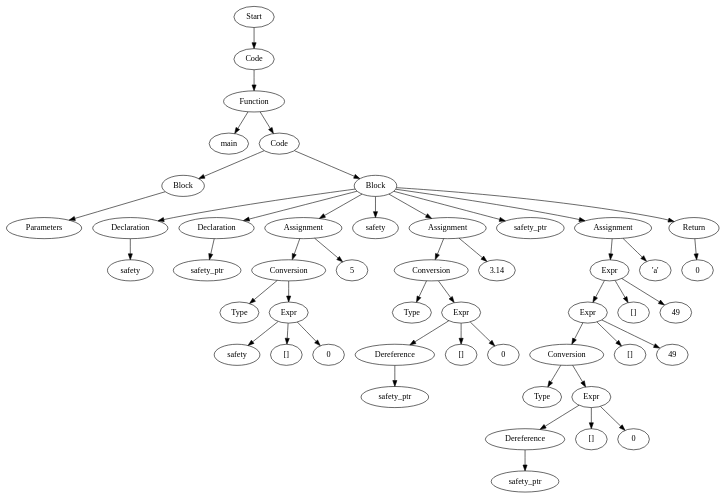
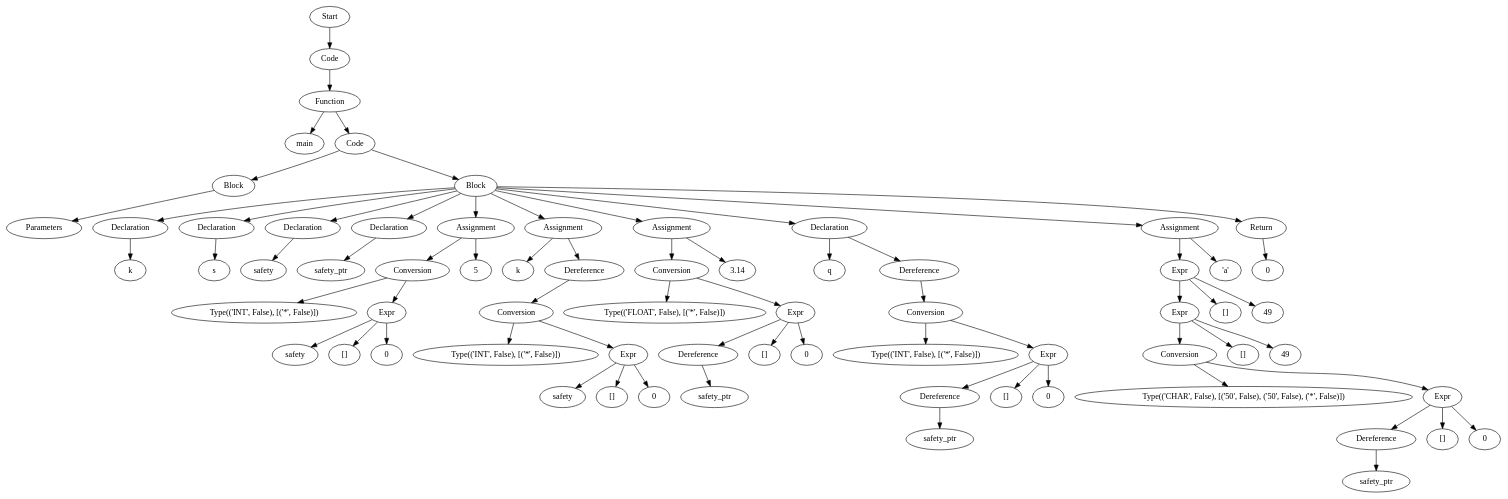
The diagram in example_source_files/46_unions/46_unions_ast.dot (Are-you-listening/Compilers), drawn with Graphviz before and after one commit. The commit also changed 413 other files, not shown here.

```diff
--- a/example_source_files/46_unions/46_unions_ast.dot
+++ b/example_source_files/46_unions/46_unions_ast.dot
@@ -1,97 +1,139 @@
 digraph AST {
-  "138081629726240" [label="Start"];
-  "138081629726240" -> "138081629732720";
-  "138081629732720" [label="Code"];
-  "138081629732720" -> "138081629717072";
-  "138081629717072" [label="Function"];
-  "138081629717072" -> "138081629723408";
-  "138081629717072" -> "138081629722928";
-  "138081629723408" [label="main"];
-  "138081629722928" [label="Code"];
-  "138081629722928" -> "138081629589408";
-  "138081629722928" -> "138081629598288";
-  "138081629589408" [label="Block"];
-  "138081629589408" -> "138081629718272";
-  "138081629718272" [label="Parameters"];
-  "138081629598288" [label="Block"];
-  "138081629598288" -> "138081629726384";
-  "138081629598288" -> "138081629727200";
-  "138081629598288" -> "138081629720336";
-  "138081629598288" -> "138081629601168";
-  "138081629598288" -> "138081629596848";
-  "138081629598288" -> "138081629587968";
-  "138081629598288" -> "138081629599536";
-  "138081629598288" -> "138081629592912";
-  "138081629726384" [label="Declaration"];
-  "138081629726384" -> "138081629724464";
-  "138081629724464" [label="safety"];
-  "138081629727200" [label="Declaration"];
-  "138081629727200" -> "138081629725856";
-  "138081629725856" [label="safety_ptr"];
-  "138081629720336" [label="Assignment"];
-  "138081629720336" -> "138081629593776";
-  "138081629720336" -> "138081629590704";
-  "138081629593776" [label="Conversion"];
-  "138081629593776" -> "138081629599296";
-  "138081629593776" -> "138081629727152";
-  "138081629599296" [label="Type"];
-  "138081629727152" [label="Expr"];
-  "138081629727152" -> "138081629727392";
-  "138081629727152" -> "138081629727296";
-  "138081629727152" -> "138081629730464";
-  "138081629727392" [label="safety"];
-  "138081629727296" [label="[]"];
-  "138081629730464" [label="0"];
-  "138081629590704" [label="5"];
-  "138081629601168" [label="safety"];
-  "138081629596848" [label="Assignment"];
-  "138081629596848" -> "138081629591040";
-  "138081629596848" -> "138081629597568";
-  "138081629591040" [label="Conversion"];
-  "138081629591040" -> "138081629600592";
-  "138081629591040" -> "138081629601216";
-  "138081629600592" [label="Type"];
-  "138081629601216" [label="Expr"];
-  "138081629601216" -> "138081629592192";
-  "138081629601216" -> "138081629596032";
-  "138081629601216" -> "138081629595120";
-  "138081629592192" [label="Dereference"];
-  "138081629592192" -> "138081629599968";
-  "138081629599968" [label="safety_ptr"];
-  "138081629596032" [label="[]"];
-  "138081629595120" [label="0"];
-  "138081629597568" [label="3.14"];
-  "138081629587968" [label="safety_ptr"];
-  "138081629599536" [label="Assignment"];
-  "138081629599536" -> "138081629720816";
-  "138081629599536" -> "138081629590896";
-  "138081629720816" [label="Expr"];
-  "138081629720816" -> "138081629725520";
-  "138081629720816" -> "138081629726288";
-  "138081629720816" -> "138081629588016";
-  "138081629725520" [label="Expr"];
-  "138081629725520" -> "138081629592672";
-  "138081629725520" -> "138081629724032";
-  "138081629725520" -> "138081629588976";
-  "138081629592672" [label="Conversion"];
-  "138081629592672" -> "138081629589120";
-  "138081629592672" -> "138081629598384";
-  "138081629589120" [label="Type"];
-  "138081629598384" [label="Expr"];
-  "138081629598384" -> "138081629599392";
-  "138081629598384" -> "138081629587584";
-  "138081629598384" -> "138081629588544";
-  "138081629599392" [label="Dereference"];
-  "138081629599392" -> "138081629587728";
-  "138081629587728" [label="safety_ptr"];
-  "138081629587584" [label="[]"];
-  "138081629588544" [label="0"];
-  "138081629724032" [label="[]"];
-  "138081629588976" [label="49"];
-  "138081629726288" [label="[]"];
-  "138081629588016" [label="49"];
-  "138081629590896" [label="'a'"];
-  "138081629592912" [label="Return"];
-  "138081629592912" -> "138081629591568";
-  "138081629591568" [label="0"];
+  "131879693144256" [label="Start"];
+  "131879693144256" -> "131879693149200";
+  "131879693149200" [label="Code"];
+  "131879693149200" -> "131879693153616";
+  "131879693153616" [label="Function"];
+  "131879693153616" -> "131879693146464";
+  "131879693153616" -> "131879693153280";
+  "131879693146464" [label="main"];
+  "131879693153280" [label="Code"];
+  "131879693153280" -> "131879693118352";
+  "131879693153280" -> "131879693121712";
+  "131879693118352" [label="Block"];
+  "131879693118352" -> "131879693149056";
+  "131879693149056" [label="Parameters"];
+  "131879693121712" [label="Block"];
+  "131879693121712" -> "131879693144400";
+  "131879693121712" -> "131879693141520";
+  "131879693121712" -> "131879693155008";
+  "131879693121712" -> "131879693143968";
+  "131879693121712" -> "131879693121616";
+  "131879693121712" -> "131879693117248";
+  "131879693121712" -> "131879693123344";
+  "131879693121712" -> "131879693111536";
+  "131879693121712" -> "131879693112832";
+  "131879693121712" -> "131879694384144";
+  "131879693144400" [label="Declaration"];
+  "131879693144400" -> "131879693153760";
+  "131879693153760" [label="k"];
+  "131879693141520" [label="Declaration"];
+  "131879693141520" -> "131879693143680";
+  "131879693143680" [label="s"];
+  "131879693155008" [label="Declaration"];
+  "131879693155008" -> "131879693147568";
+  "131879693147568" [label="safety"];
+  "131879693143968" [label="Declaration"];
+  "131879693143968" -> "131879693108608";
+  "131879693108608" [label="safety_ptr"];
+  "131879693121616" [label="Assignment"];
+  "131879693121616" -> "131879693123056";
+  "131879693121616" -> "131879693116768";
+  "131879693123056" [label="Conversion"];
+  "131879693123056" -> "131879693118784";
+  "131879693123056" -> "131879693107504";
+  "131879693118784" [label="Type(('INT', False), [('*', False)])"];
+  "131879693107504" [label="Expr"];
+  "131879693107504" -> "131879693117968";
+  "131879693107504" -> "131879693114464";
+  "131879693107504" -> "131879693109136";
+  "131879693117968" [label="safety"];
+  "131879693114464" [label="[]"];
+  "131879693109136" [label="0"];
+  "131879693116768" [label="5"];
+  "131879693117248" [label="Assignment"];
+  "131879693117248" -> "131879693122528";
+  "131879693117248" -> "131879693150688";
+  "131879693122528" [label="k"];
+  "131879693150688" [label="Dereference"];
+  "131879693150688" -> "131879693148000";
+  "131879693148000" [label="Conversion"];
+  "131879693148000" -> "131879693154144";
+  "131879693148000" -> "131879693109760";
+  "131879693154144" [label="Type(('INT', False), [('*', False)])"];
+  "131879693109760" [label="Expr"];
+  "131879693109760" -> "131879693118736";
+  "131879693109760" -> "131879693107744";
+  "131879693109760" -> "131879693118640";
+  "131879693118736" [label="safety"];
+  "131879693107744" [label="[]"];
+  "131879693118640" [label="0"];
+  "131879693123344" [label="Assignment"];
+  "131879693123344" -> "131879693149248";
+  "131879693123344" -> "131879693112640";
+  "131879693149248" [label="Conversion"];
+  "131879693149248" -> "131879693143248";
+  "131879693149248" -> "131879693119312";
+  "131879693143248" [label="Type(('FLOAT', False), [('*', False)])"];
+  "131879693119312" [label="Expr"];
+  "131879693119312" -> "131879693145408";
+  "131879693119312" -> "131879693116048";
+  "131879693119312" -> "131879693123536";
+  "131879693145408" [label="Dereference"];
+  "131879693145408" -> "131879693117392";
+  "131879693117392" [label="safety_ptr"];
+  "131879693116048" [label="[]"];
+  "131879693123536" [label="0"];
+  "131879693112640" [label="3.14"];
+  "131879693111536" [label="Declaration"];
+  "131879693111536" -> "131879693114608";
+  "131879693111536" -> "131879693144064";
+  "131879693114608" [label="q"];
+  "131879693144064" [label="Dereference"];
+  "131879693144064" -> "131879693146752";
+  "131879693146752" [label="Conversion"];
+  "131879693146752" -> "131879693143584";
+  "131879693146752" -> "131879693113552";
+  "131879693143584" [label="Type(('INT', False), [('*', False)])"];
+  "131879693113552" [label="Expr"];
+  "131879693113552" -> "131879693143056";
+  "131879693113552" -> "131879693120512";
+  "131879693113552" -> "131879693121280";
+  "131879693143056" [label="Dereference"];
+  "131879693143056" -> "131879693112400";
+  "131879693112400" [label="safety_ptr"];
+  "131879693120512" [label="[]"];
+  "131879693121280" [label="0"];
+  "131879693112832" [label="Assignment"];
+  "131879693112832" -> "131879693121904";
+  "131879693112832" -> "131879694379200";
+  "131879693121904" [label="Expr"];
+  "131879693121904" -> "131879693119984";
+  "131879693121904" -> "131879693117680";
+  "131879693121904" -> "131879694378240";
+  "131879693119984" [label="Expr"];
+  "131879693119984" -> "131879693147376";
+  "131879693119984" -> "131879693120608";
+  "131879693119984" -> "131879694373536";
+  "131879693147376" [label="Conversion"];
+  "131879693147376" -> "131879693154960";
+  "131879693147376" -> "131879693120176";
+  "131879693154960" [label="Type(('CHAR', False), [('50', False), ('50', False), ('*', False)])"];
+  "131879693120176" [label="Expr"];
+  "131879693120176" -> "131879693147088";
+  "131879693120176" -> "131879693122624";
+  "131879693120176" -> "131879693113072";
+  "131879693147088" [label="Dereference"];
+  "131879693147088" -> "131879693119168";
+  "131879693119168" [label="safety_ptr"];
+  "131879693122624" [label="[]"];
+  "131879693113072" [label="0"];
+  "131879693120608" [label="[]"];
+  "131879694373536" [label="49"];
+  "131879693117680" [label="[]"];
+  "131879694378240" [label="49"];
+  "131879694379200" [label="'a'"];
+  "131879694384144" [label="Return"];
+  "131879694384144" -> "131879694370992";
+  "131879694370992" [label="0"];
 }
```
